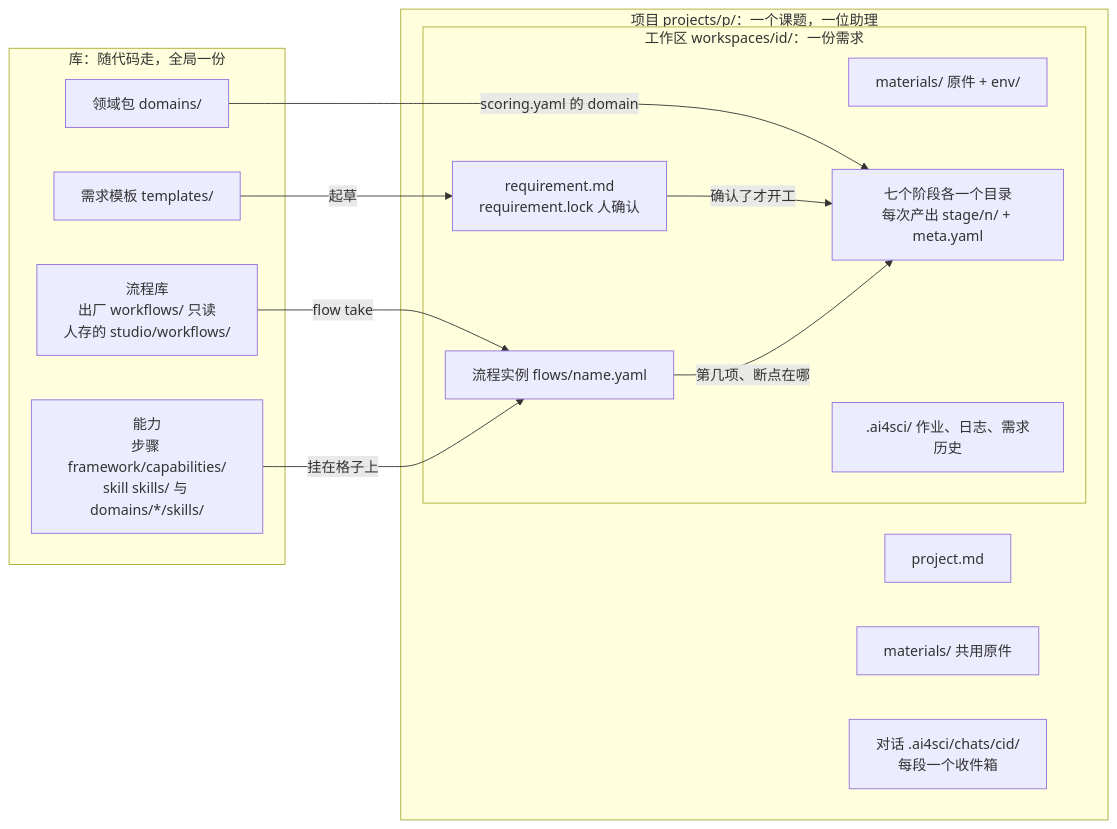
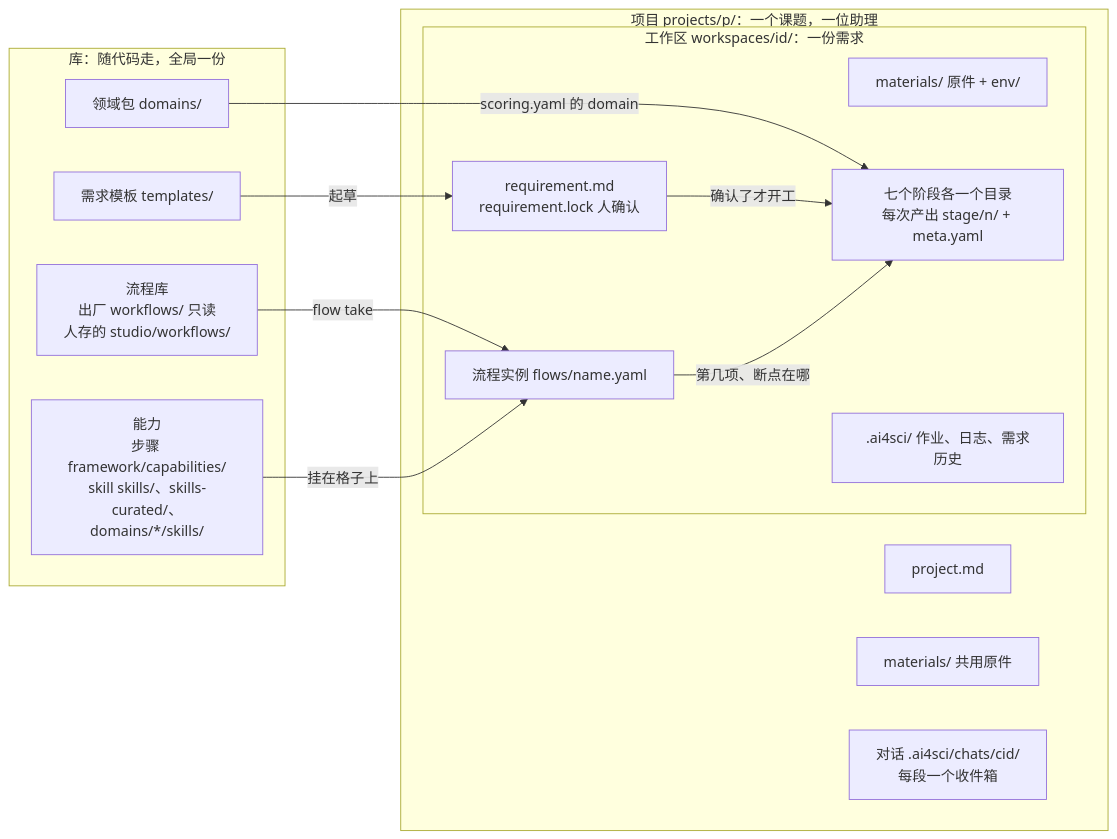
The second of 3 diagrams in docs/architecture/README.md (zephyr4123/TJU-AI4Science), drawn with Mermaid before and after one commit. The commit also changed other lines of this file and 1 other file, not shown here.

Commit message:
纲领与 workflow.md 跟上审查后的修正：P-26 拼错的名字不关阶段、按 cwd 判项目、Codex 下边界只管 prompt；P-27 查用法不查字眼；P-15 名字不复用、派生格式留给派生；端口去掉 guide_channel、指南变了只塞变了的几节；目录树补 skills-curated（#195）

````diff
--- a/docs/architecture/README.md
+++ b/docs/architecture/README.md
@@ -80,27 +80,27 @@
 ```mermaid
 flowchart LR
   subgraph LIB["库：随代码走，全局一份"]
-    CAP["能力<br/>步骤 framework/capabilities/<br/>skill skills/ 与 domains/*/skills/"]
+    CAP["能力<br/>步骤 framework/capabilities/<br/>skill skills/、skills-curated/、domains/*/skills/"]
     WF["流程库<br/>出厂 workflows/ 只读<br/>人存的 studio/workflows/"]
     TPL["需求模板 templates/"]
     DOM["领域包 domains/"]
   end
   subgraph PRJ["项目 projects/p/：一个课题，一位助理"]
     GOAL["project.md"]
     SHARED["materials/ 共用原件"]
     CHAT["对话 .ai4sci/chats/cid/<br/>每段一个收件箱"]
     subgraph WS["工作区 workspaces/id/：一份需求"]
       REQ["requirement.md<br/>requirement.lock 人确认"]
       MAT["materials/ 原件 + env/"]
       FLOW["流程实例 flows/name.yaml"]
       OUT["七个阶段各一个目录<br/>每次产出 stage/n/ + meta.yaml"]
       REC[".ai4sci/ 作业、日志、需求历史"]
     end
   end
   WF -- "flow take" --> FLOW
   CAP -- "挂在格子上" --> FLOW
   TPL -- "起草" --> REQ
   DOM -- "scoring.yaml 的 domain" --> OUT
   REQ -- "确认了才开工" --> OUT
   FLOW -- "第几项、断点在哪" --> OUT
 ```
````
